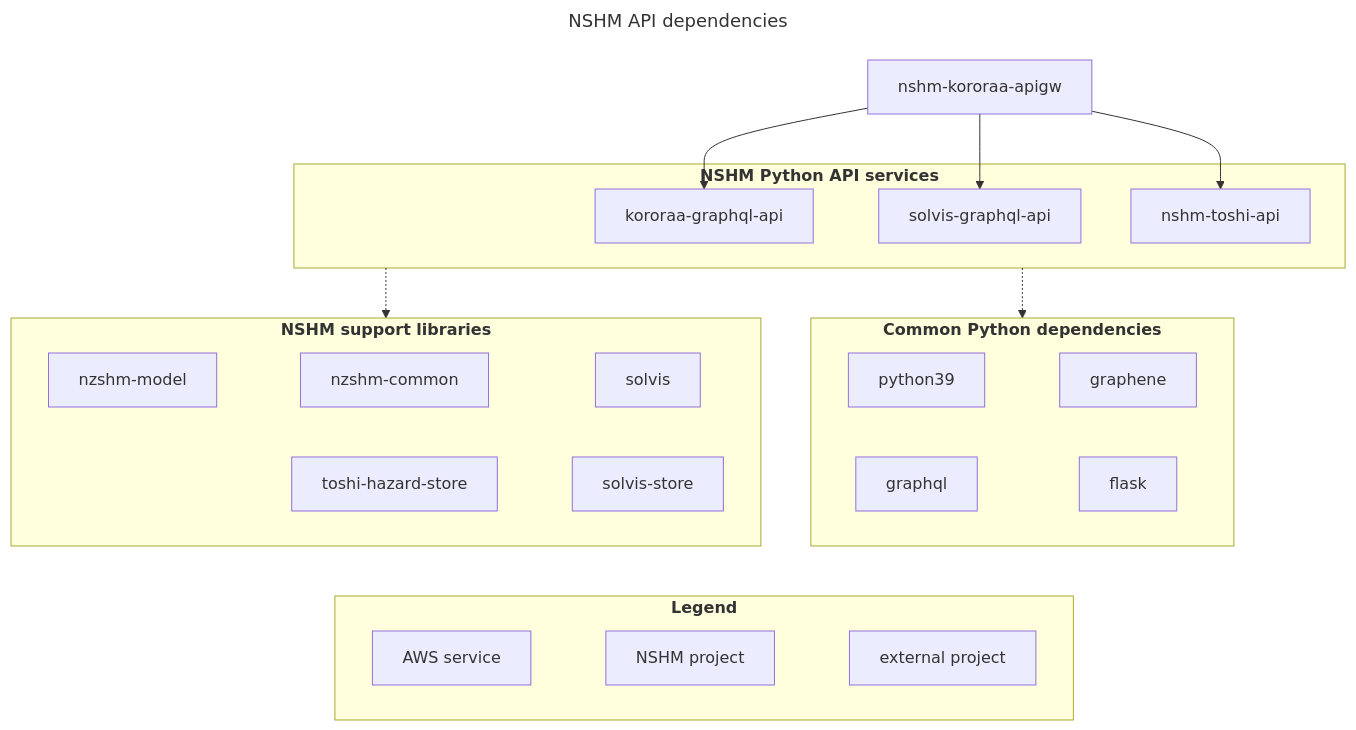
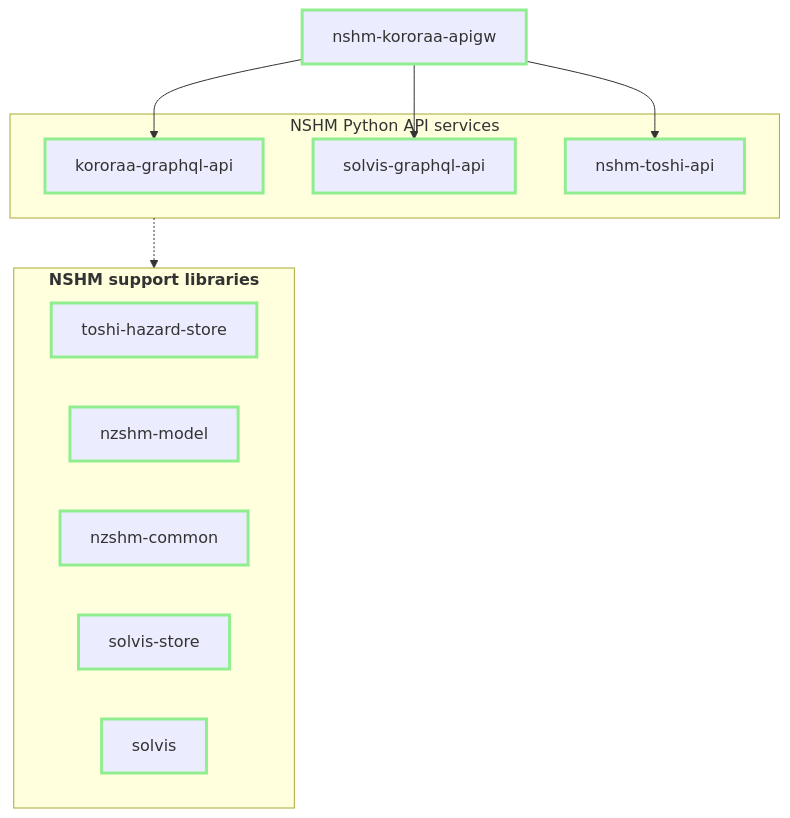
The diagram in docs/architecture/services.md (GNS-Science/nzshm-documentation), drawn with Mermaid before and after one commit. The commit also changed other lines of this file and 11 other files, not shown here.

Commit message:
dark/light themes working with mermaid diagrams. Some initial content and structure;

````diff
--- a/docs/architecture/services.md
+++ b/docs/architecture/services.md
@@ -31,42 +5,29 @@
 ```mermaid
----
-title: NSHM API dependencies
----
-flowchart
-    %% classDef nshm stroke:lightgreen, stroke-width:3px, fill: white
-    %% classDef AWS stroke:orange, stroke-width:3px, fill:white
+graph TD
+    classDef nshm stroke:lightgreen, stroke-width:3px
+    classDef AWS stroke:orange, stroke-width:3px
 
     N-APIGW[nshm-kororaa-apigw]:::nshm
 
-    subgraph API[<strong>NSHM Python API services</strong>]
+    subgraph API[NSHM Python API services]
         K-API[kororaa-graphql-api]:::nshm
         S-API[solvis-graphql-api]:::nshm
         T-API[nshm-toshi-api]:::nshm        
     end
-    subgraph PGA[<strong>Common Python dependencies</strong>]
-        python39 ~~~ graphene 
-        graphql ~~~ flask
-    end
+ 
     subgraph SUP[<strong>NSHM support libraries</strong>]
         toshi-hazard-store:::nshm
         nzshm-model:::nshm
         nzshm-common:::nshm
         solvis-store:::nshm
         solvis:::nshm
-        nzshm-model ~~~ nzshm-common ~~~ solvis
-        toshi-hazard-store ~~~ solvis-store
-    end
-    subgraph l[<strong>Legend</strong>]
-        a1[AWS service]:::AWS
-        l2[NSHM project]:::nshm
-        l3[external project]
-        a1 ~~~ l2 ~~~ l3
+        %% nzshm-model ~~~ nzshm-common ~~~ solvis
+        %% toshi-hazard-store ~~~ solvis-store
     end
 
-    %%links
-    API -.-> SUP ~~~ l
-    API -.-> PGA ~~~ l  
     N-APIGW --> S-API
     N-APIGW --> K-API
     N-APIGW --> T-API    
+
+    API -.-> SUP
 ```
````
